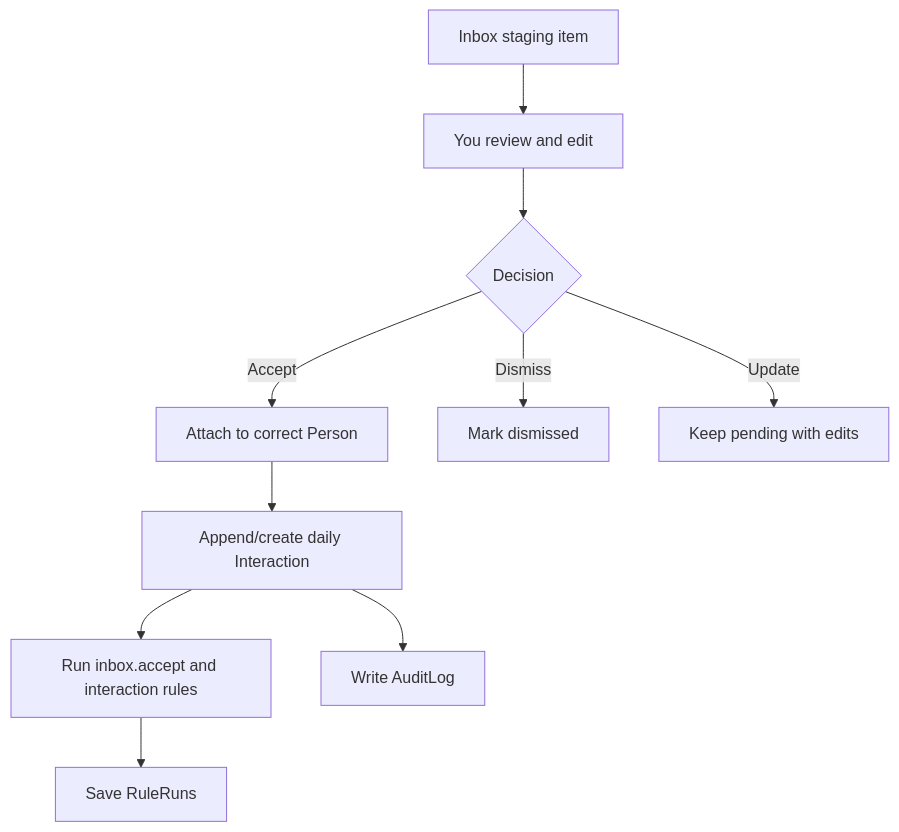
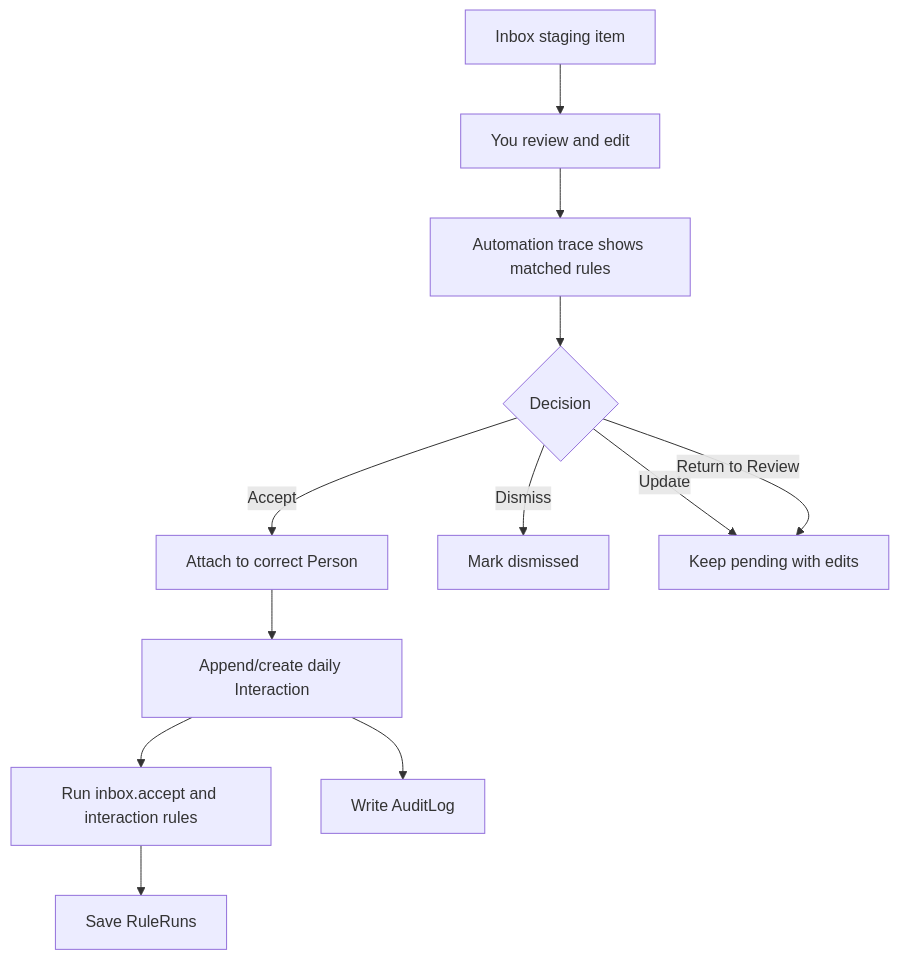
One commit to josephdfryer/life-os changed the fifth of 13 diagrams in docs/PERSONS_ARCHITECTURE.md. Above: the diagram before and after it, drawn with Mermaid. The commit also changed other lines of this file and 4 other files, not shown here.

Commit message:
feat: refine rules review controls

````diff
--- a/docs/PERSONS_ARCHITECTURE.md
+++ b/docs/PERSONS_ARCHITECTURE.md
@@ -153,13 +153,15 @@
 ```mermaid
 flowchart TD
   Inbox["Inbox staging item"] --> Review["You review and edit"]
-  Review --> Choice{"Decision"}
+  Review --> Trace["Automation trace shows matched rules"]
+  Trace --> Choice{"Decision"}
   Choice -->|Accept| Person["Attach to correct Person"]
   Choice -->|Dismiss| Dismissed["Mark dismissed"]
   Choice -->|Update| Pending["Keep pending with edits"]
+  Choice -->|Return to Review| Pending
 
   Person --> DailyInteraction["Append/create daily Interaction"]
   DailyInteraction --> Rules["Run inbox.accept and interaction rules"]
   Rules --> RuleRuns["Save RuleRuns"]
   DailyInteraction --> Audit["Write AuditLog"]
 ```
````
